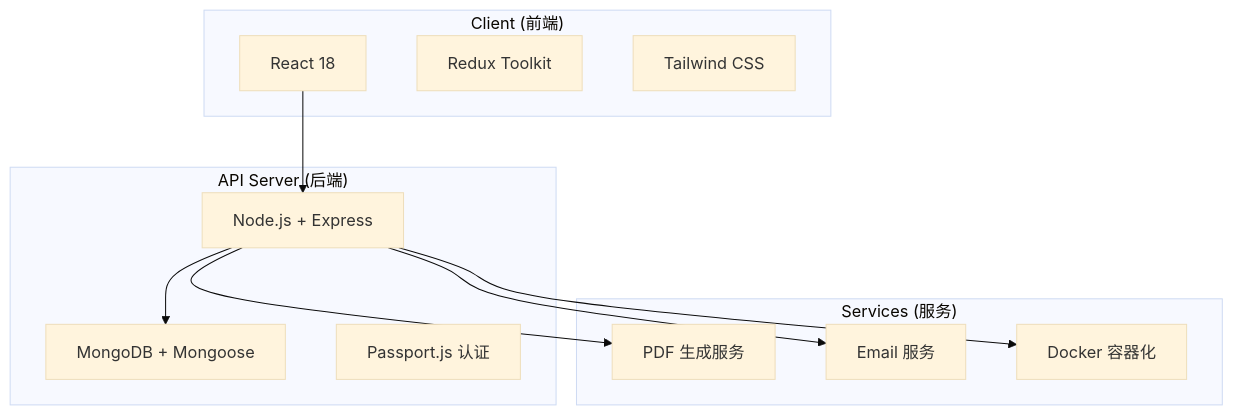
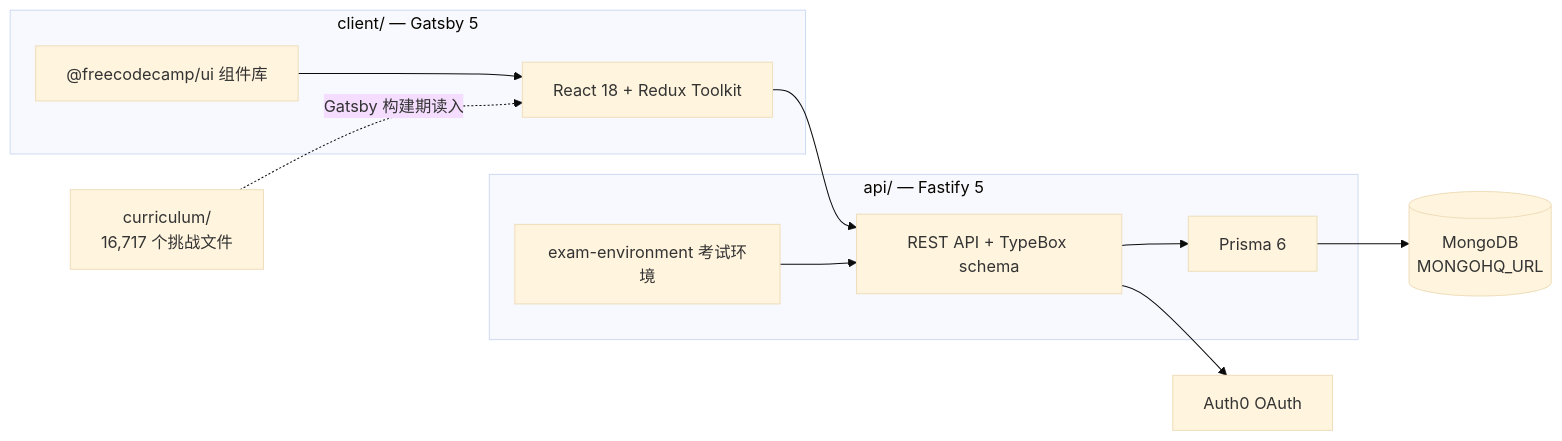
Before and after one commit to A1pha3/text-matrix: the diagram in content/posts/tech/freecodecamp-open-source-curriculum-guide.md, drawn with Mermaid (base theme). The commit also changed other lines of this file and 331 other files, not shown here.

````diff
--- a/content/posts/tech/freecodecamp-open-source-curriculum-guide.md
+++ b/content/posts/tech/freecodecamp-open-source-curriculum-guide.md
@@ -169,26 +40,22 @@
 ```mermaid
-graph TB
-    subgraph "Client (前端)"
-        A["React 18"]
-        B["Redux Toolkit"]
-        C["Tailwind CSS"]
+graph LR
+    subgraph client["client/ — Gatsby 5"]
+        A["React 18 + Redux Toolkit"]
+        B["@freecodecamp/ui 组件库"]
     end
-    
-    subgraph "API Server (后端)"
-        D["Node.js + Express"]
-        E["MongoDB + Mongoose"]
-        F["Passport.js 认证"]
+    subgraph api["api/ — Fastify 5"]
+        C["REST API + TypeBox schema"]
+        D["Prisma 6"]
+        E["exam-environment 考试环境"]
     end
-    
-    subgraph "Services (服务)"
-        G["PDF 生成服务"]
-        H["Email 服务"]
-        I["Docker 容器化"]
-    end
-    
-    A --> D
-    D --> E
-    D --> G
-    D --> H
-    D --> I
+    DB[("MongoDB<br/>MONGOHQ_URL")]
+    AUTH["Auth0 OAuth"]
+    CUR["curriculum/<br/>16,717 个挑战文件"]
+
+    A --> C
+    B --> A
+    C --> D --> DB
+    C --> AUTH
+    E --> C
+    CUR -. Gatsby 构建期读入 .-> A
 ```
````
